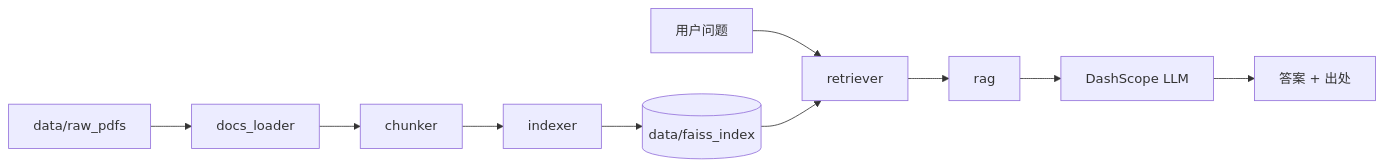
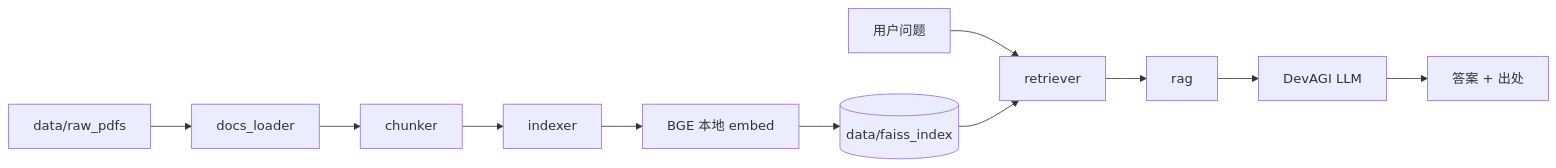
Before and after one commit to jningc/report-rag: the diagram in README.md, drawn with Mermaid. The commit also changed other lines of this file and 8 other files, not shown here.

Commit message:
add eval;change embedding(bge),LLM(DevAGI) model

````diff
--- a/README.md
+++ b/README.md
@@ -27,13 +32,14 @@
 ```mermaid
 flowchart LR
     PDF[data/raw_pdfs] --> Loader[docs_loader]
     Loader --> Chunker[chunker]
     Chunker --> Indexer[indexer]
-    Indexer --> FAISS[(data/faiss_index)]
+    Indexer --> BGE[BGE 本地 embed]
+    BGE --> FAISS[(data/faiss_index)]
 
     Query[用户问题] --> Retriever[retriever]
     FAISS --> Retriever
     Retriever --> RAG[rag]
-    RAG --> LLM[DashScope LLM]
+    RAG --> LLM[DevAGI LLM]
     LLM --> Answer[答案 + 出处]
 ```
````
